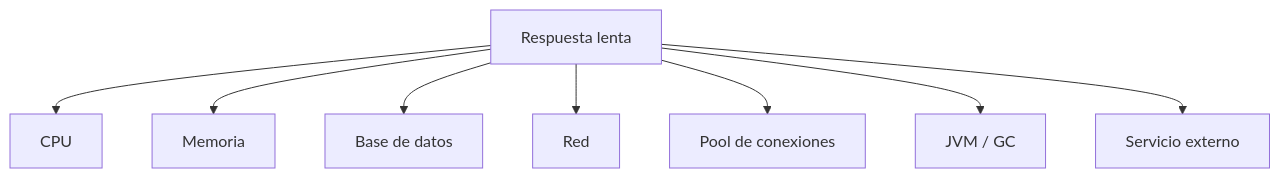
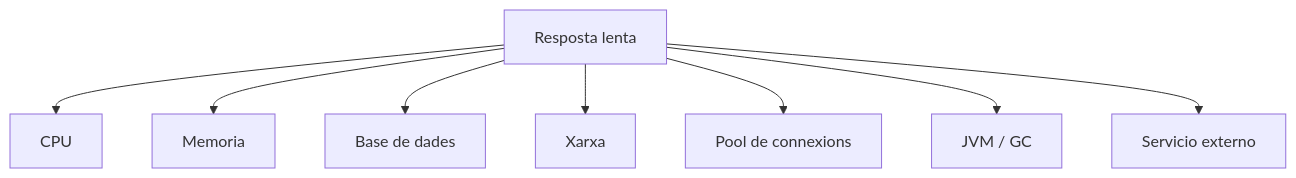
One commit to jordicido/jordicina changed the fifth of 6 diagrams in docs/daw-daw/up3/07-pruebas-rendimiento.md. Above: the diagram before and after it, drawn with Mermaid. The commit also changed other lines of this file and 10 other files, not shown here.

````diff
--- a/docs/daw-daw/up3/07-pruebas-rendimiento.md
+++ b/docs/daw-daw/up3/07-pruebas-rendimiento.md
@@ -346,10 +346,10 @@
 ```mermaid
 flowchart TD
-    A["Respuesta lenta"] --> CPU["CPU"]
+    A["Resposta lenta"] --> CPU["CPU"]
     A --> RAM["Memoria"]
-    A --> DB["Base de datos"]
-    A --> NET["Red"]
-    A --> POOL["Pool de conexiones"]
+    A --> DB["Base de dades"]
+    A --> NET["Xarxa"]
+    A --> POOL["Pool de connexions"]
     A --> JVM["JVM / GC"]
     A --> EXT["Servicio externo"]
 ```
````
